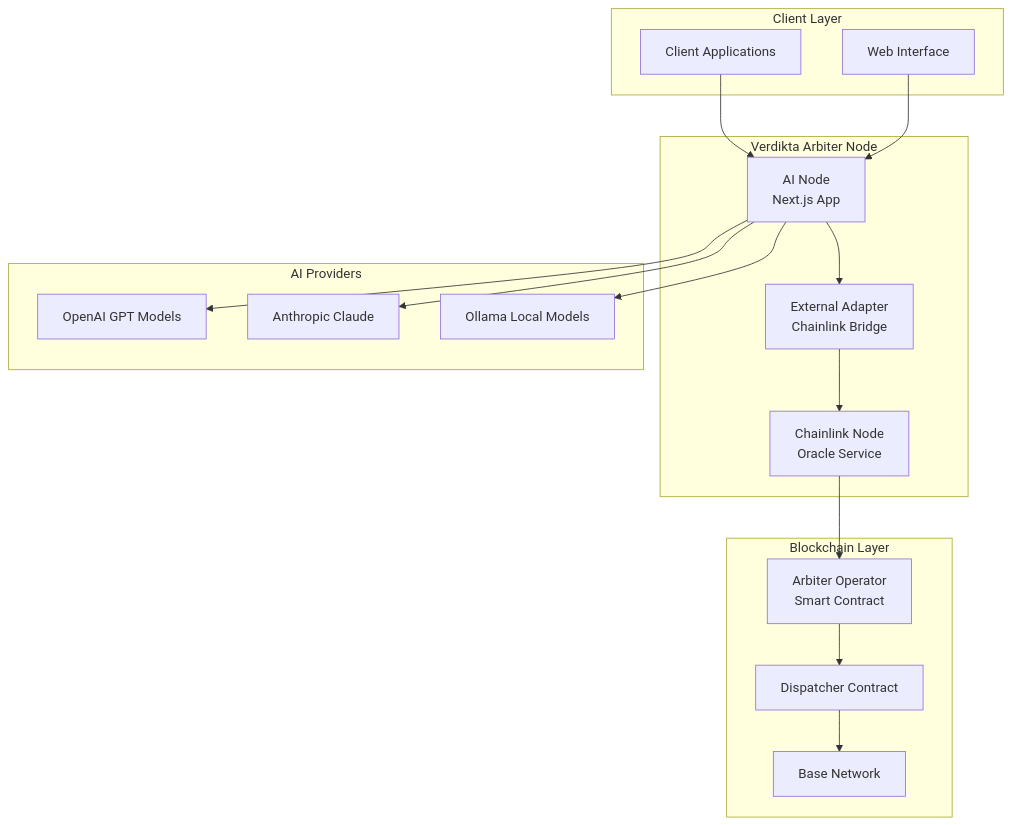
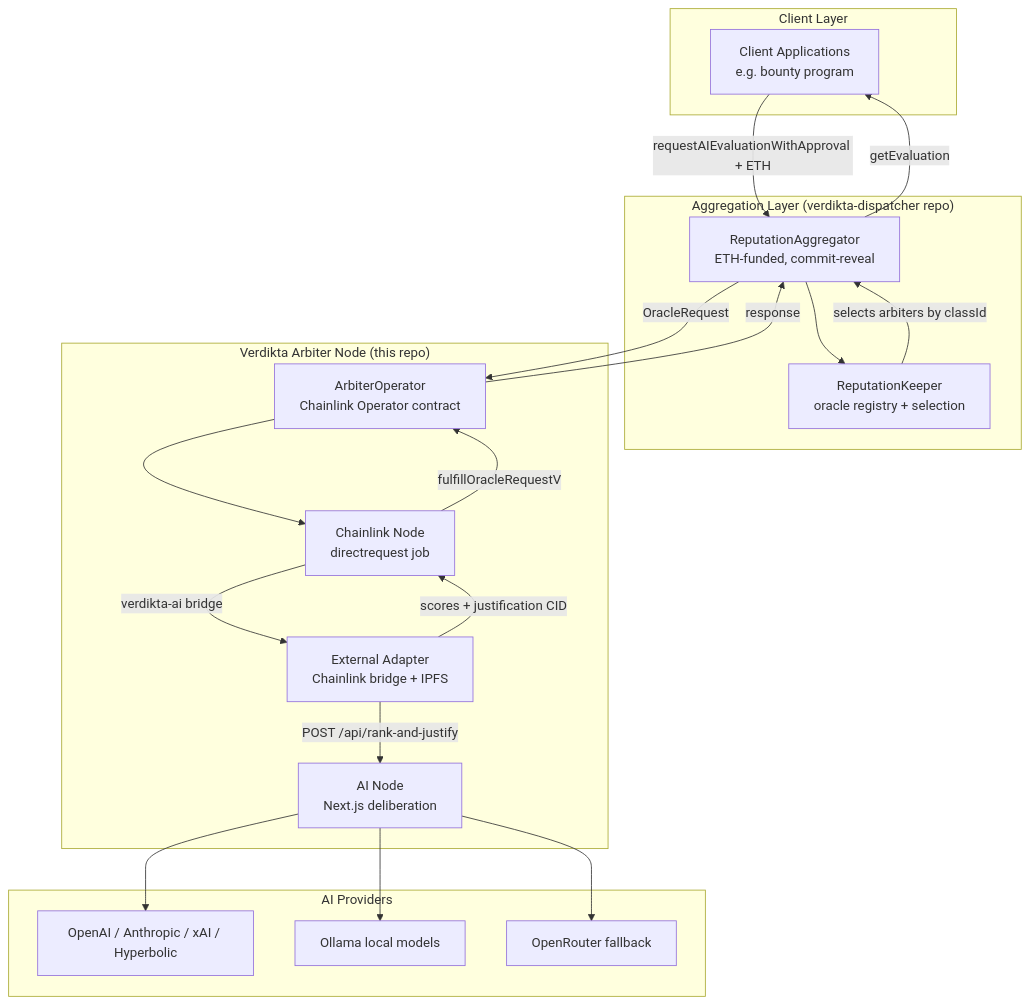
One commit to verdikta/verdikta-arbiter changed the first of 3 diagrams in docs/development/architecture.md. Above: the diagram before and after it, drawn with Mermaid. The commit also changed other lines of this file and 5 other files, not shown here.

````diff
--- a/docs/development/architecture.md
+++ b/docs/development/architecture.md
@@ -7,36 +7,39 @@
 ```mermaid
 graph TB
     subgraph "Client Layer"
-        A[Client Applications]
-        B[Web Interface]
+        A[Client Applications<br/>e.g. bounty program]
     end
-    
-    subgraph "Verdikta Arbiter Node"
-        C[AI Node<br/>Next.js App]
-        D[External Adapter<br/>Chainlink Bridge]
-        E[Chainlink Node<br/>Oracle Service]
+
+    subgraph "Aggregation Layer (verdikta-dispatcher repo)"
+        J[ReputationAggregator<br/>ETH-funded, commit-reveal]
+        RK[ReputationKeeper<br/>oracle registry + selection]
     end
-    
+
+    subgraph "Verdikta Arbiter Node (this repo)"
+        I[ArbiterOperator<br/>Chainlink Operator contract]
+        E[Chainlink Node<br/>directrequest job]
+        D[External Adapter<br/>Chainlink bridge + IPFS]
+        C[AI Node<br/>Next.js deliberation]
+    end
+
     subgraph "AI Providers"
-        F[OpenAI GPT Models]
-        G[Anthropic Claude]
-        H[Ollama Local Models]
+        F[OpenAI / Anthropic / xAI / Hyperbolic]
+        H[Ollama local models]
+        OR[OpenRouter fallback]
     end
-    
-    subgraph "Blockchain Layer"
-        I[Arbiter Operator<br/>Smart Contract]
-        J[Dispatcher Contract]
-        K[Base Network]
-    end
-    
-    A --> C
-    B --> C
+
+    A -->|requestAIEvaluationWithApproval + ETH| J
+    J --> RK
+    RK -->|selects arbiters by classId| J
+    J -->|OracleRequest| I
+    I --> E
+    E -->|verdikta-ai bridge| D
+    D -->|POST /api/rank-and-justify| C
     C --> F
-    C --> G  
     C --> H
-    C --> D
-    D --> E
-    E --> I
-    I --> J
-    J --> K
+    C --> OR
+    D -->|scores + justification CID| E
+    E -->|fulfillOracleRequestV| I
+    I -->|response| J
+    J -->|getEvaluation| A
 ```
````
